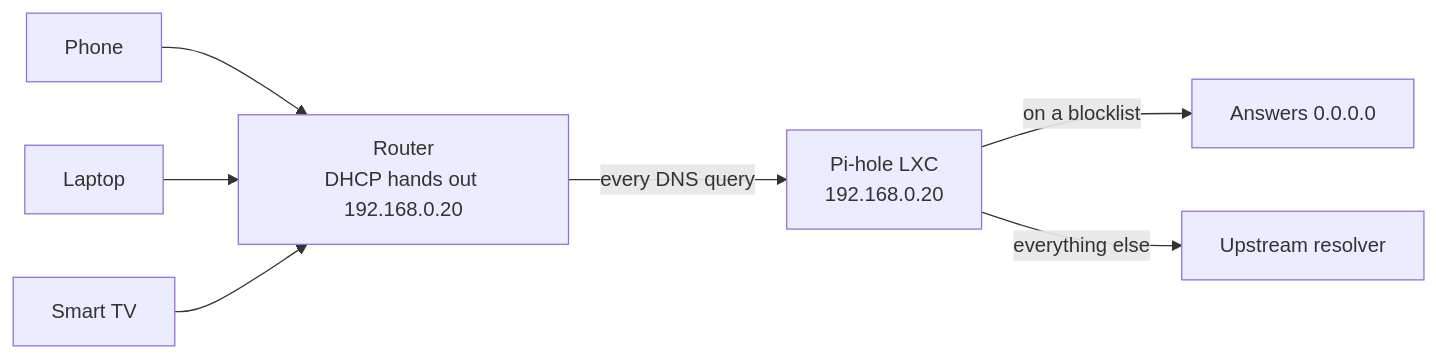
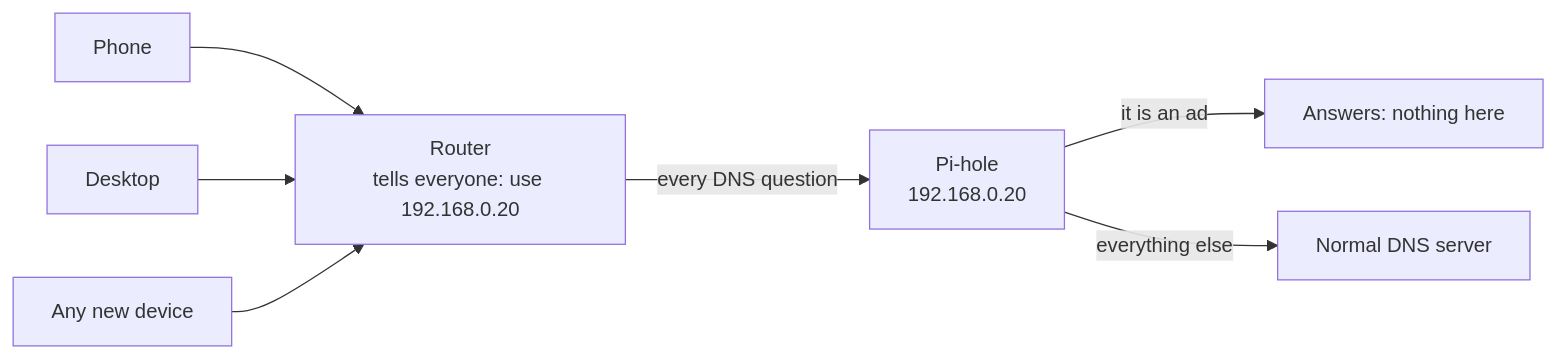
The first of 4 diagrams in content/articles/03-using-pi-hole-without-pinning-my-whole-network-to-one-dns-server.md (shibbirweb/shibbirweb.github.io), drawn with Mermaid before and after one commit. The commit also changed other lines of this file, not shown here.

First line of the commit message:
docs(articles): simplify the Pi-hole article and fix invented details

````diff
--- a/content/articles/03-using-pi-hole-without-pinning-my-whole-network-to-one-dns-server.md
+++ b/content/articles/03-using-pi-hole-without-pinning-my-whole-network-to-one-dns-server.md
@@ -28,9 +34,9 @@
 ```mermaid
 flowchart LR
     Phone["Phone"] --> Router
-    Laptop["Laptop"] --> Router
-    TV["Smart TV"] --> Router
-    Router["Router<br/>DHCP hands out 192.168.0.20"] -->|"every DNS query"| Pihole["Pi-hole LXC<br/>192.168.0.20"]
-    Pihole -->|"on a blocklist"| Blocked["Answers 0.0.0.0"]
-    Pihole -->|"everything else"| Upstream["Upstream resolver"]
+    Desktop["Desktop"] --> Router
+    NewDevice["Any new device"] --> Router
+    Router["Router<br/>tells everyone: use 192.168.0.20"] -->|"every DNS question"| Pihole["Pi-hole<br/>192.168.0.20"]
+    Pihole -->|"it is an ad"| Blocked["Answers: nothing here"]
+    Pihole -->|"everything else"| Upstream["Normal DNS server"]
 ```
````
